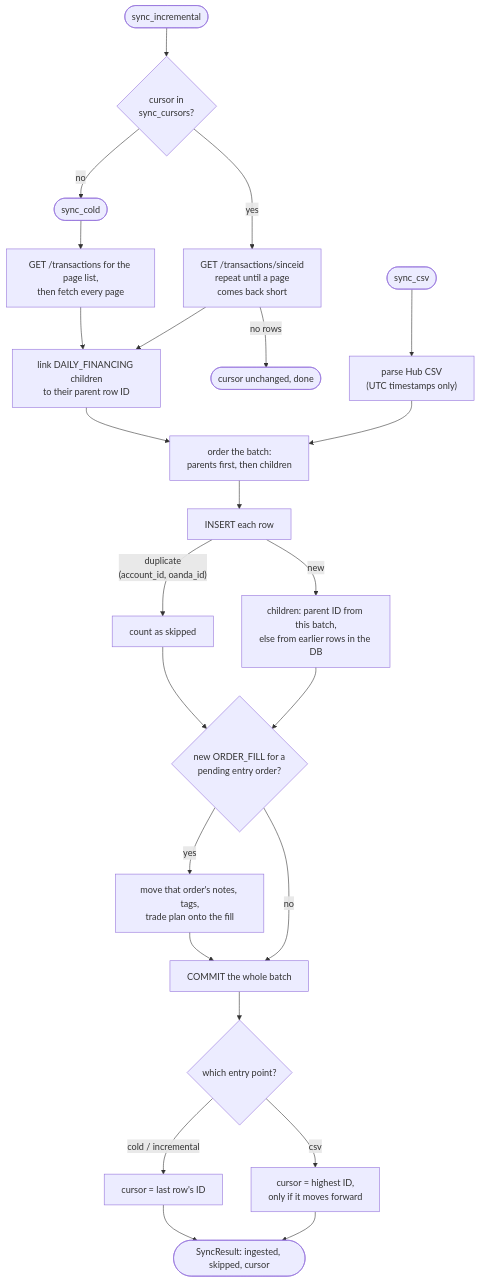
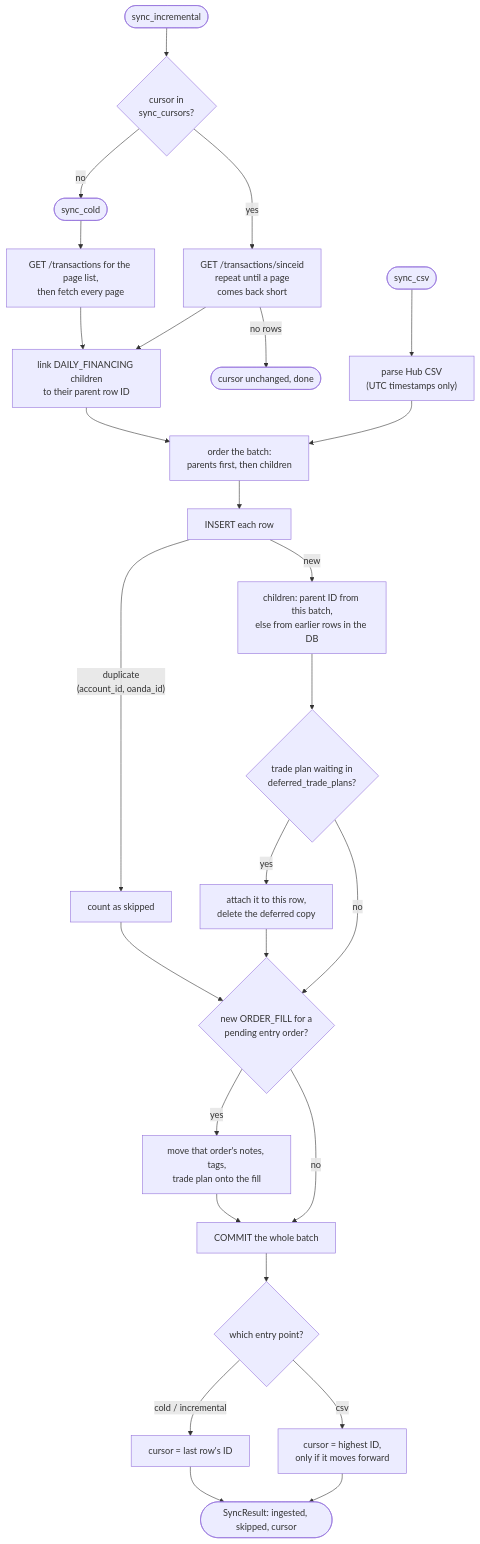
One commit to RagBillySandstone/frmj changed the fourth of 6 diagrams in docs/architecture.md. Above: the diagram before and after it, drawn with Mermaid. The commit also changed other lines of this file and 1 other file, not shown here.

First line of the commit message:
docs: document deferred trade plans

````diff
--- a/docs/architecture.md
+++ b/docs/architecture.md
@@ -272,30 +272,33 @@
 ```mermaid
 flowchart TD
     start([sync_incremental]) --> cursor{"cursor in<br/>sync_cursors?"}
     cursor -- no --> cold([sync_cold])
     cursor -- yes --> since["GET /transactions/sinceid<br/>repeat until a page<br/>comes back short"]
     cold --> pages["GET /transactions for the page list,<br/>then fetch every page"]
     csv([sync_csv]) --> parse["parse Hub CSV<br/>(UTC timestamps only)"]
 
     since --> link["link DAILY_FINANCING children<br/>to their parent row ID"]
     pages --> link
     since -- no rows --> unchanged([cursor unchanged, done])
 
     link --> order["order the batch:<br/>parents first, then children"]
     parse --> order
 
     order --> insert["INSERT each row"]
     insert -- "duplicate<br/>(account_id, oanda_id)" --> skip["count as skipped"]
     insert -- new --> parent["children: parent ID from this batch,<br/>else from earlier rows in the DB"]
     skip --> fills
-    parent --> fills{"new ORDER_FILL for a<br/>pending entry order?"}
+    parent --> deferred{"trade plan waiting in<br/>deferred_trade_plans?"}
+    deferred -- yes --> attach["attach it to this row,<br/>delete the deferred copy"]
+    deferred -- no --> fills
+    attach --> fills{"new ORDER_FILL for a<br/>pending entry order?"}
     fills -- yes --> move["move that order's notes, tags,<br/>trade plan onto the fill"]
     fills -- no --> commit
     move --> commit["COMMIT the whole batch"]
 
     commit --> write{"which entry point?"}
     write -- "cold / incremental" --> adv["cursor = last row's ID"]
     write -- csv --> fwd["cursor = highest ID,<br/>only if it moves forward"]
     adv --> done([SyncResult: ingested, skipped, cursor])
     fwd --> done
 ```
````
